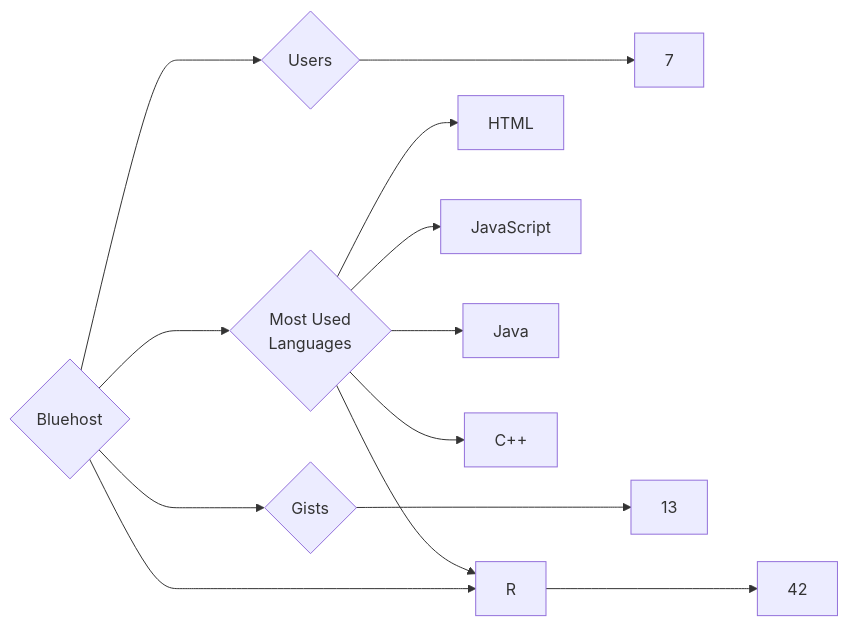
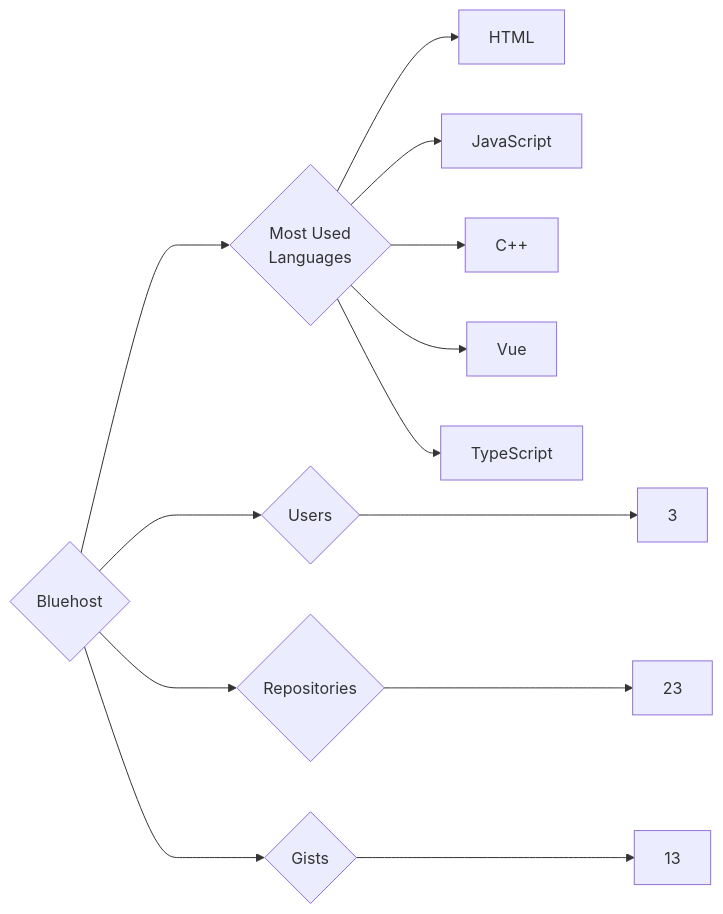
Before and after one commit to trickest/insiders: the diagram in targets/Bluehost/README.md, drawn with Mermaid. The commit also changed 783 other files, not shown here.

````diff
--- a/targets/Bluehost/README.md
+++ b/targets/Bluehost/README.md
@@ -3,13 +3,13 @@
 ```mermaid
 graph LR
 COMPANY_NAME{Bluehost}
-COMPANY_NAME ---> U{Users} ---> UN[7]
-COMPANY_NAME ---> R{Repositories} ---> RN[42]
+COMPANY_NAME ---> U{Users} ---> UN[3]
+COMPANY_NAME ---> R{Repositories} ---> RN[23]
 COMPANY_NAME ---> G{Gists} ---> GN[13]
 COMPANY_NAME ---> ML{Most Used<br>Languages}
 ML --> HTML[HTML]
-ML --> R[R]
 ML --> JavaScript[JavaScript]
-ML --> Java[Java]
 ML --> C++[C++]
+ML --> Vue[Vue]
+ML --> TypeScript[TypeScript]
 ```
````
